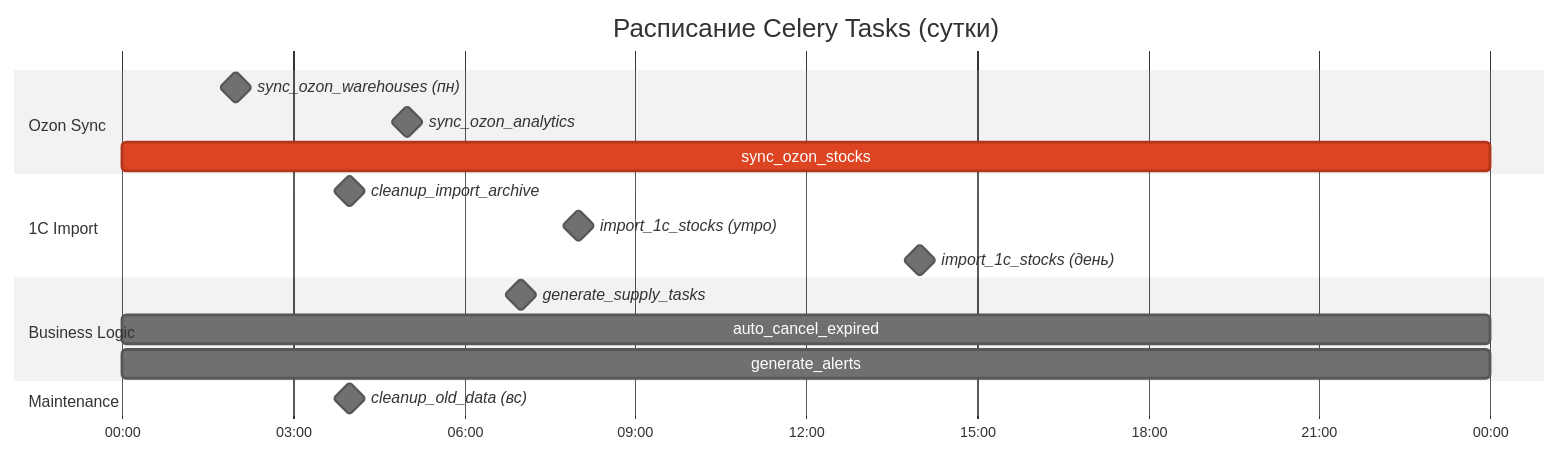
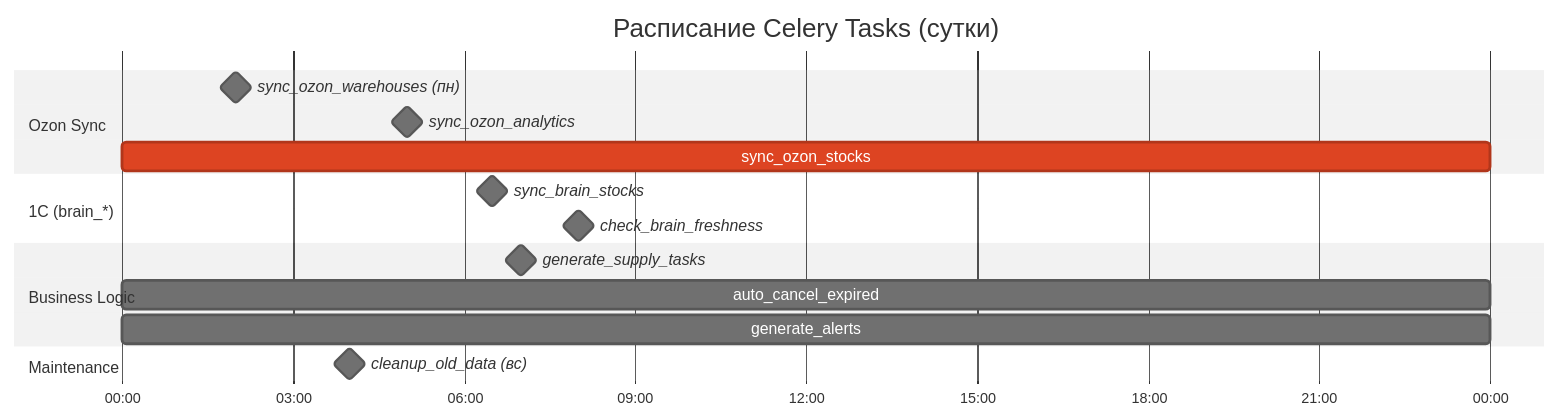
One commit to Sign25/Docs changed the second of 3 diagrams in logistic/adolf_logistic_8_celery.md. Above: the diagram before and after it, drawn with Mermaid (neutral theme). The commit also changed other lines of this file, not shown here.

Commit message:
Logistic Раздел 8: v2.1 — замена import_1c_stocks на sync_brain_stocks + check_brain_freshness

````diff
--- a/logistic/adolf_logistic_8_celery.md
+++ b/logistic/adolf_logistic_8_celery.md
@@ -670,24 +702,23 @@
 ```mermaid
 gantt
     title Расписание Celery Tasks (сутки)
     dateFormat HH:mm
     axisFormat %H:%M
     
     section Ozon Sync
     sync_ozon_warehouses (пн)  :milestone, 02:00, 0d
     sync_ozon_analytics        :milestone, 05:00, 0d
     sync_ozon_stocks           :crit, 00:00, 24h
     
-    section 1С Import
-    cleanup_import_archive     :milestone, 04:00, 0d
-    import_1c_stocks (утро)    :milestone, 08:00, 0d
-    import_1c_stocks (день)    :milestone, 14:00, 0d
+    section 1С (brain_*)
+    sync_brain_stocks          :milestone, 06:30, 0d
+    check_brain_freshness      :milestone, 08:00, 0d
     
     section Business Logic
     generate_supply_tasks      :milestone, 07:00, 0d
     auto_cancel_expired        :00:00, 24h
     generate_alerts            :00:00, 24h
     
     section Maintenance
     cleanup_old_data (вс)      :milestone, 04:00, 0d
 ```
````
